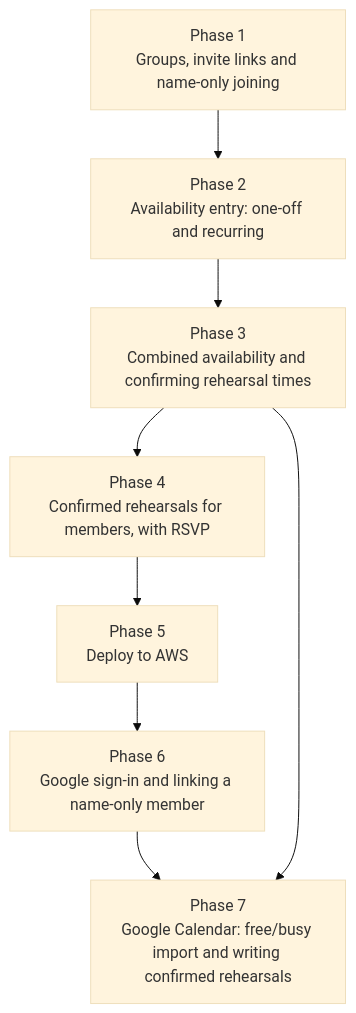
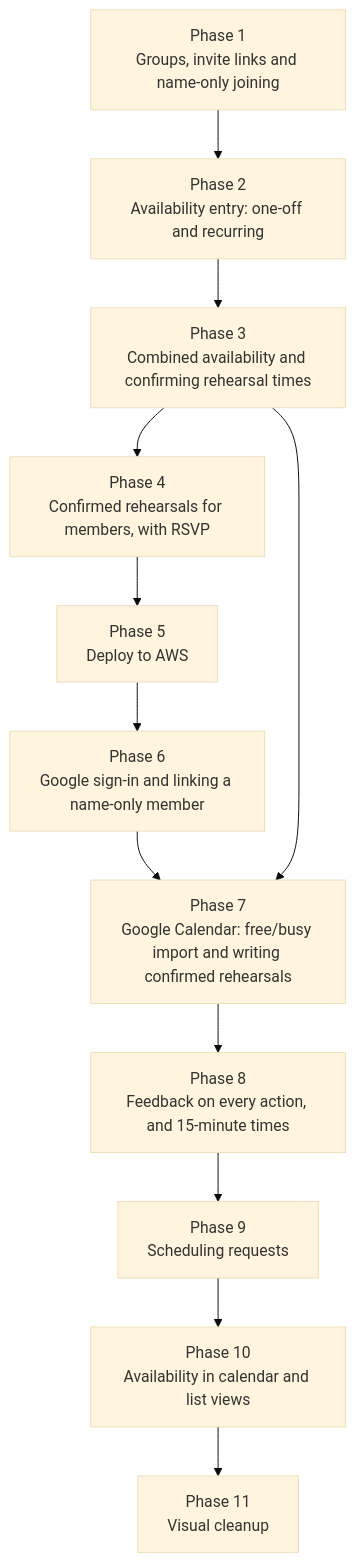
The diagram in plan/INDEX.md (leifdalan/music-chairs), drawn with Mermaid (base theme) before and after one commit. The commit also changed other lines of this file and 4 other files, not shown here.

````diff
--- a/plan/INDEX.md
+++ b/plan/INDEX.md
@@ -27,12 +27,17 @@
 ```mermaid
 graph TD
     P1[Phase 1<br/>Groups, invite links and name-only joining]
     P2[Phase 2<br/>Availability entry: one-off and recurring]
     P3[Phase 3<br/>Combined availability and confirming rehearsal times]
     P4[Phase 4<br/>Confirmed rehearsals for members, with RSVP]
     P5[Phase 5<br/>Deploy to AWS]
     P6[Phase 6<br/>Google sign-in and linking a name-only member]
     P7[Phase 7<br/>Google Calendar: free/busy import and writing confirmed rehearsals]
+    P8[Phase 8<br/>Feedback on every action, and 15-minute times]
+    P9[Phase 9<br/>Scheduling requests]
+    P10[Phase 10<br/>Availability in calendar and list views]
+    P11[Phase 11<br/>Visual cleanup]
     P1 --> P2 --> P3 --> P4 --> P5 --> P6 --> P7
     P3 --> P7
+    P7 --> P8 --> P9 --> P10 --> P11
 ```
````
